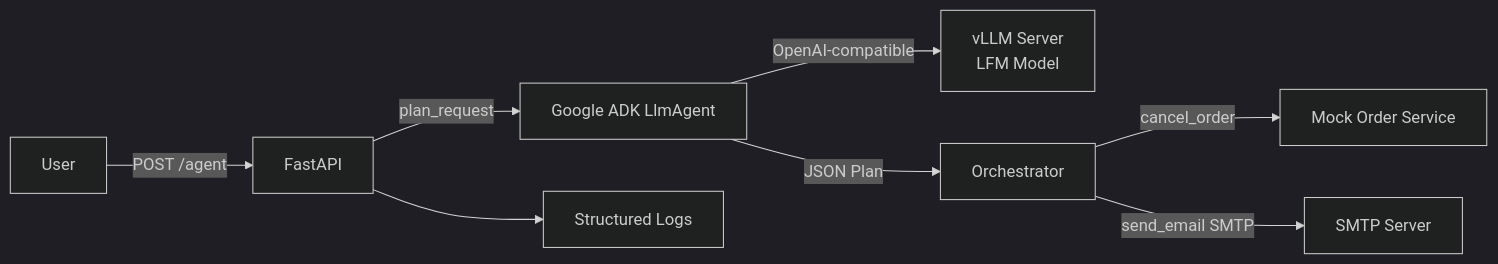
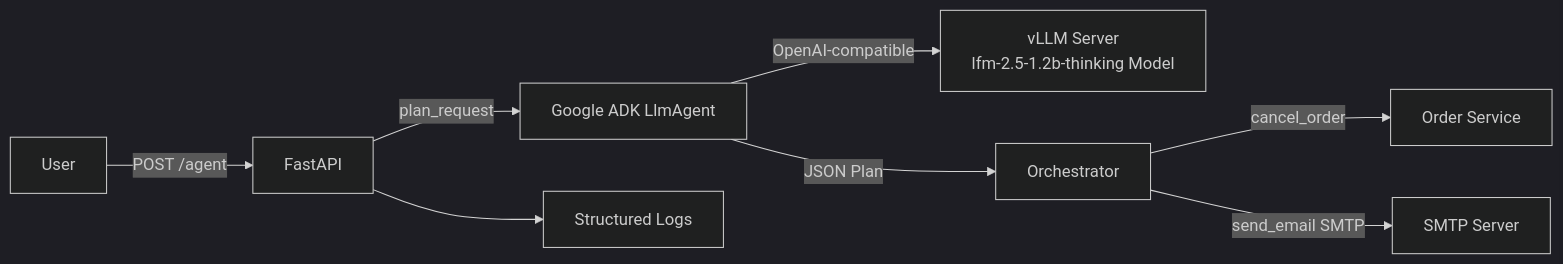
One commit to Sidharth1743/Adzzat-agent changed the diagram in README.md. Above: the diagram before and after it, drawn with Mermaid (dark theme). The commit also changed other lines of this file, not shown here.

Commit message:
architecture

````diff
--- a/README.md
+++ b/README.md
@@ -72,10 +72,10 @@
 ```mermaid
 flowchart LR
     U[User] -->|POST /agent| API[FastAPI]
     API -->|plan_request| ADK[Google ADK LlmAgent]
-    ADK -->|OpenAI-compatible| VLLM[vLLM Server<br/>LFM Model]
+    ADK -->|OpenAI-compatible| VLLM[vLLM Server<br/>lfm-2.5-1.2b-thinking Model]
     ADK -->|JSON Plan| ORCH[Orchestrator]
-    ORCH -->|cancel_order| TOOL1[Mock Order Service]
+    ORCH -->|cancel_order| TOOL1[Order Service]
     ORCH -->|send_email SMTP| TOOL2[SMTP Server]
     API --> LOGS[Structured Logs]
 ```
````
